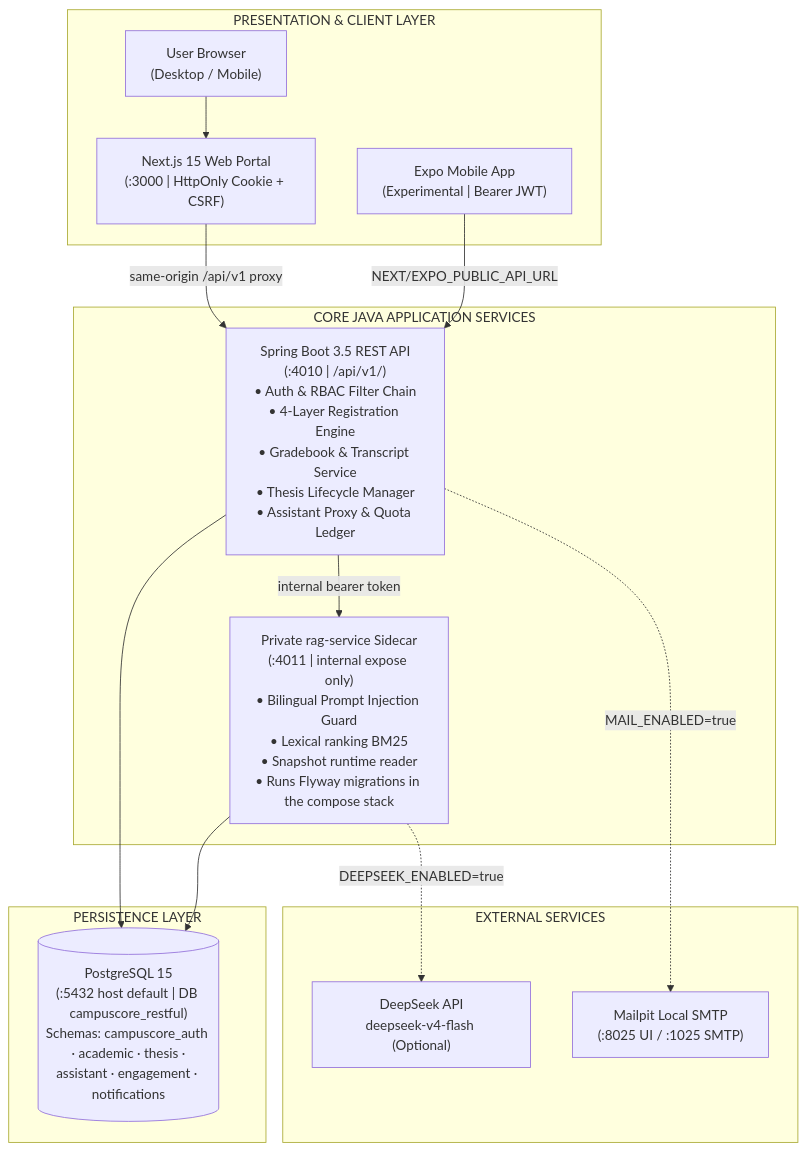
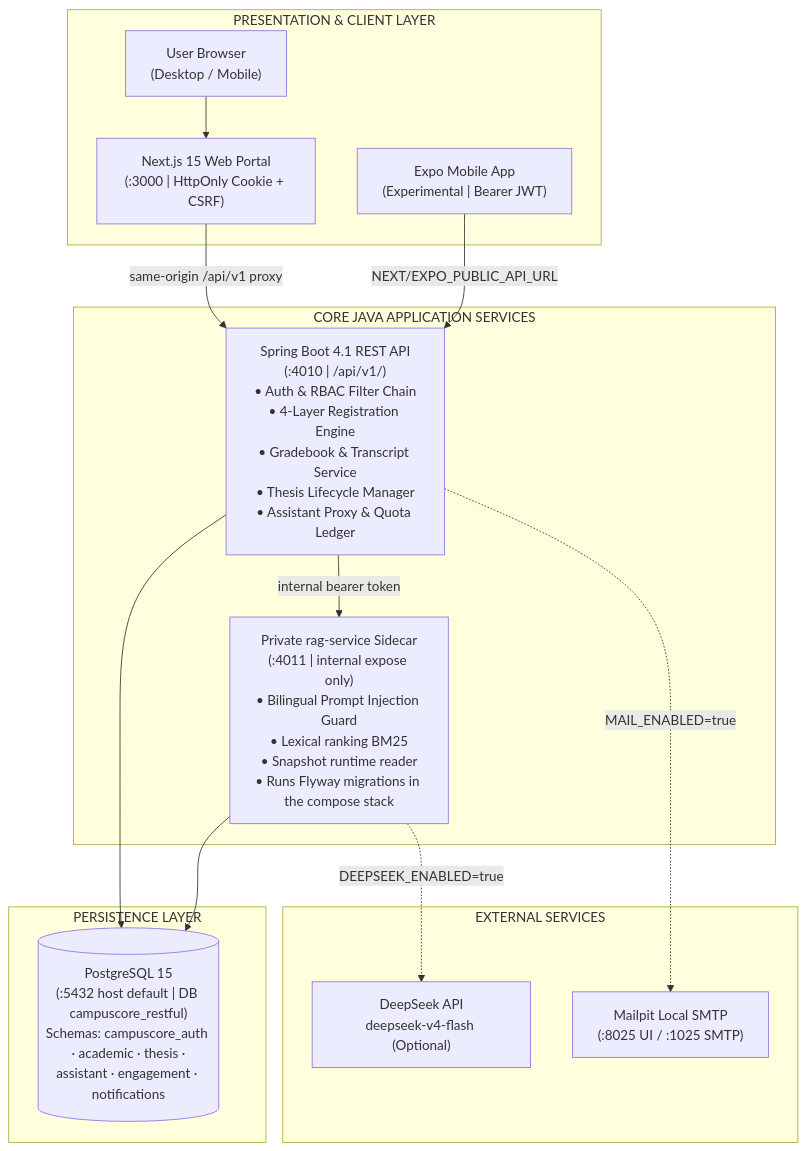
The first of 6 diagrams in README.en.md (JasonTM17/Student_Management_UTE), drawn with Mermaid before and after one commit. The commit also changed other lines of this file and 128 other files, not shown here.

Commit message:
chore(deps): upgrade backend to Spring Boot 4.1.2

````diff
--- a/README.en.md
+++ b/README.en.md
@@ -199,32 +199,32 @@
 ```mermaid
 flowchart TD
     subgraph CLIENTS["PRESENTATION & CLIENT LAYER"]
         Browser["User Browser\n(Desktop / Mobile)"]
         Web["Next.js 15 Web Portal\n(:3000 | HttpOnly Cookie + CSRF)"]
         Mobile["Expo Mobile App\n(Experimental | Bearer JWT)"]
     end
 
     subgraph BACKEND["CORE JAVA APPLICATION SERVICES"]
-        REST["Spring Boot 3.5 REST API\n(:4010 | /api/v1/)\n• Auth & RBAC Filter Chain\n• 4-Layer Registration Engine\n• Gradebook & Transcript Service\n• Thesis Lifecycle Manager\n• Assistant Proxy & Quota Ledger"]
+        REST["Spring Boot 4.1 REST API\n(:4010 | /api/v1/)\n• Auth & RBAC Filter Chain\n• 4-Layer Registration Engine\n• Gradebook & Transcript Service\n• Thesis Lifecycle Manager\n• Assistant Proxy & Quota Ledger"]
         RAG["Private rag-service Sidecar\n(:4011 | internal expose only)\n• Bilingual Prompt Injection Guard\n• Lexical ranking BM25\n• Snapshot runtime reader\n• Runs Flyway migrations in the compose stack"]
     end
 
     subgraph DATA["PERSISTENCE LAYER"]
         PG[("PostgreSQL 15\n(:5432 host default | DB campuscore_restful)\nSchemas: campuscore_auth · academic · thesis ·\nassistant · engagement · notifications")]
     end
 
     subgraph EXTERNAL["EXTERNAL SERVICES"]
         Mailpit["Mailpit Local SMTP\n(:8025 UI / :1025 SMTP)"]
         DeepSeek["DeepSeek API\ndeepseek-v4-flash (Optional)"]
     end
 
     Browser --> Web
     Web -->|"same-origin /api/v1 proxy"| REST
     Mobile -->|"NEXT/EXPO_PUBLIC_API_URL"| REST
 
     REST --> PG
     REST -->|"internal bearer token"| RAG
     RAG --> PG
     RAG -.->|"DEEPSEEK_ENABLED=true"| DeepSeek
     REST -.->|"MAIL_ENABLED=true"| Mailpit
 ```
````
